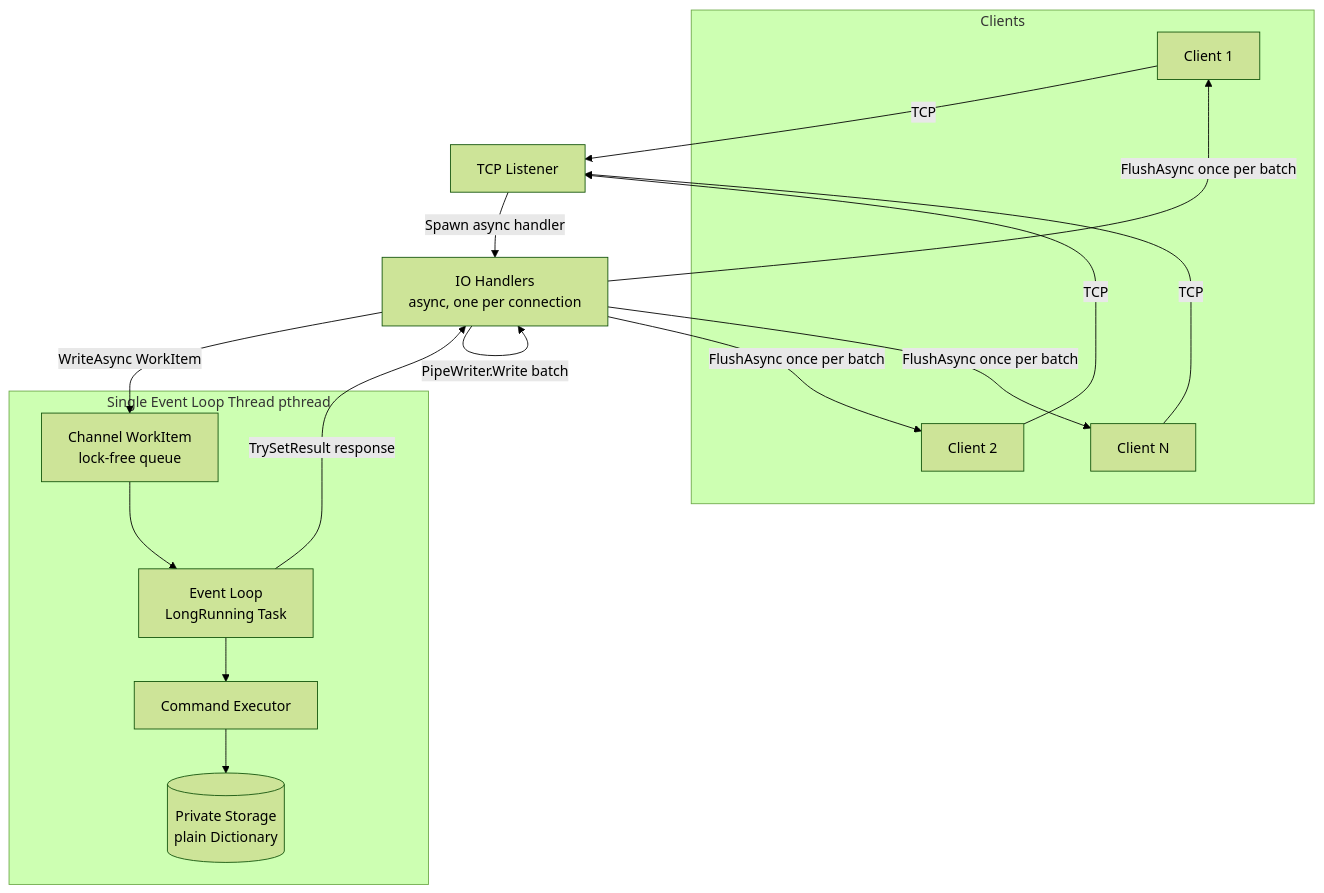
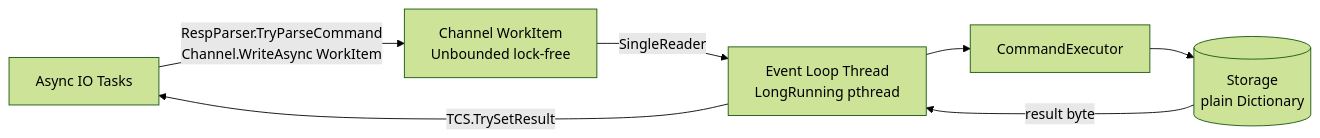
One commit to ductai202/Hyperion changed the second of 6 diagrams in README.md. Above: the diagram before and after it, drawn with Mermaid (forest theme). The commit also changed other lines of this file, not shown here.

First line of the commit message:
docs: rewrite architecture diagrams with accurate split flows

````diff
--- a/README.md
+++ b/README.md
@@ -54,24 +65,10 @@
 ```mermaid
-graph TD
-    subgraph Clients
-        C1[Client 1]
-        C2[Client 2]
-        CN[Client N]
-    end
-
-    C1 & C2 & CN -->|TCP| TL[TCP Listener]
-    TL -->|Spawn async handler| IH[IO Handlers\n async, one per connection]
-
-    subgraph "Single Event Loop Thread pthread"
-        CH[Channel WorkItem\nlock-free queue]
-        EL[Event Loop\nLongRunning Task]
-        CE[Command Executor]
-        ST[(Private Storage\nplain Dictionary)]
-        CH --> EL --> CE --> ST
-    end
-
-    IH -->|WriteAsync WorkItem| CH
-    EL -->|TrySetResult response| IH
-    IH -->|PipeWriter.Write batch| IH
-    IH -->|FlushAsync once per batch| C1 & C2 & CN
+flowchart LR
+    IH["Async IO Tasks"]
+    -->|"RespParser.TryParseCommand\nChannel.WriteAsync WorkItem"| CH["Channel WorkItem\nUnbounded lock-free"]
+    CH -->|SingleReader| EL["Event Loop Thread\nLongRunning pthread"]
+    EL --> CE[CommandExecutor]
+    CE --> ST[("Storage\nplain Dictionary")]
+    ST -->|result byte| EL
+    EL -->|"TCS.TrySetResult"| IH
 ```
````
